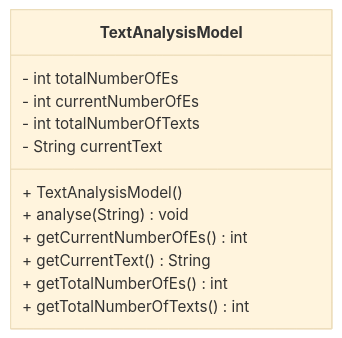
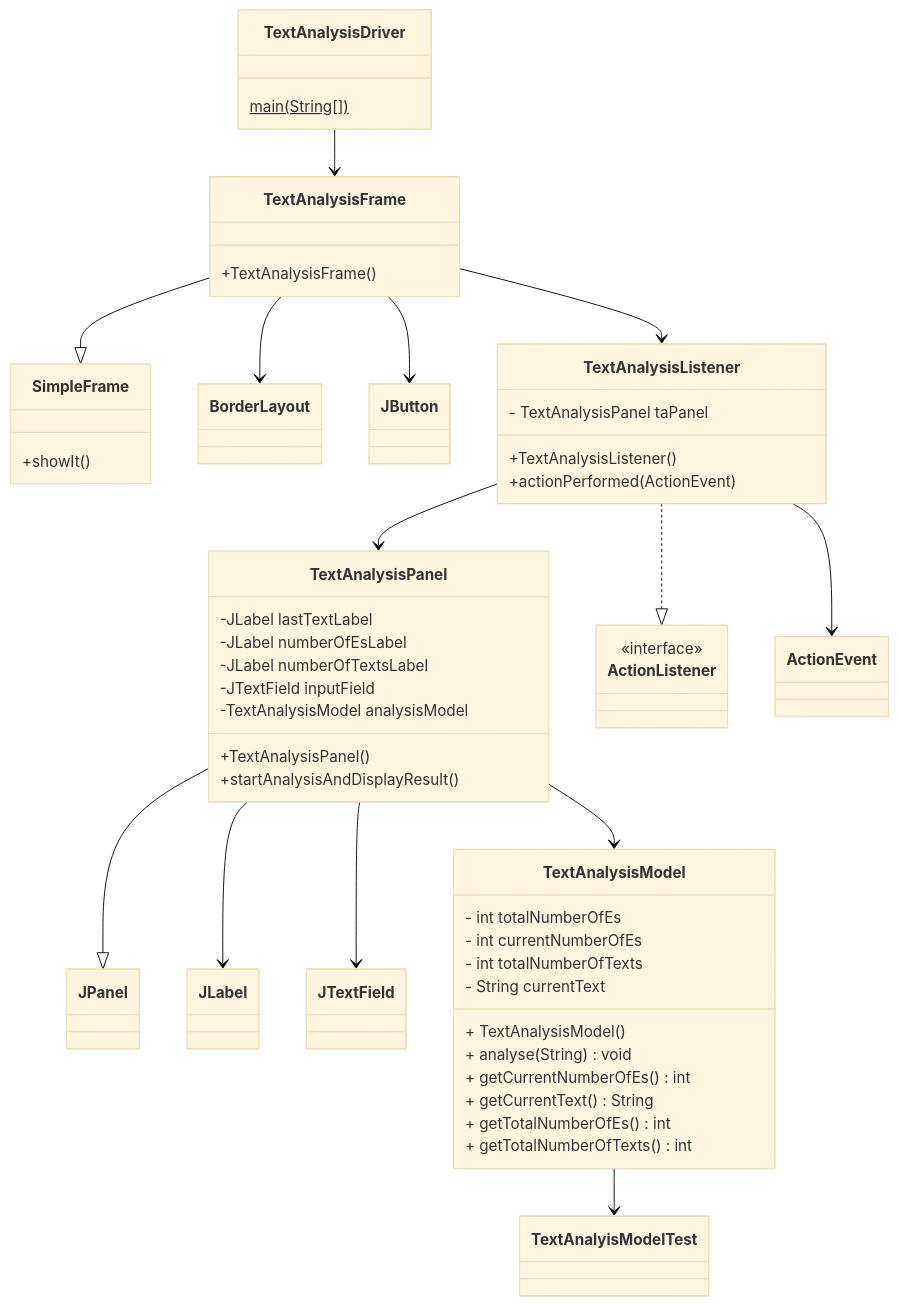
The diagram in src/FischerBook/SecondGUI4/textAnalysis.md (alexayca/java_practice), drawn with Mermaid (base theme) before and after one commit. The commit also changed other lines of this file and 2 other files, not shown here.

Commit message:
Diagram for textAnalysis

````diff
--- a/src/FischerBook/SecondGUI4/textAnalysis.md
+++ b/src/FischerBook/SecondGUI4/textAnalysis.md
@@ -12,16 +3,67 @@
 ```mermaid
 classDiagram
+
+TextAnalysisFrame --|> SimpleFrame
+TextAnalysisFrame --> BorderLayout
+TextAnalysisFrame --> JButton
+TextAnalysisFrame -->TextAnalysisListener
+
+TextAnalysisPanel --|> JPanel
+TextAnalysisPanel --> JLabel
+TextAnalysisPanel --> JTextField
+TextAnalysisPanel --> TextAnalysisModel
+
+TextAnalysisListener ..|> ActionListener
+TextAnalysisListener --> TextAnalysisPanel
+TextAnalysisListener --> ActionEvent
+
+TextAnalysisDriver --> TextAnalysisFrame
+TextAnalysisModel --> TextAnalyisModelTest
+
+
+class SimpleFrame{
+    +showIt()
+}
+
+class ActionListener
+<<interface>> ActionListener
+
+class TextAnalysisDriver{
+    main(String[] )$
+}
+
+class TextAnalysisFrame{
+    +TextAnalysisFrame()
+}
+
+class TextAnalysisListener{
+    - TextAnalysisPanel taPanel
+    +TextAnalysisListener()
+    +actionPerformed(ActionEvent)
+}
 
 class TextAnalysisModel
 TextAnalysisModel : - int totalNumberOfEs
 TextAnalysisModel : - int currentNumberOfEs
 TextAnalysisModel : - int totalNumberOfTexts
 TextAnalysisModel : - String currentText
 TextAnalysisModel : + TextAnalysisModel()
 TextAnalysisModel : + analyse(String) void
 TextAnalysisModel : + getCurrentNumberOfEs() int
 TextAnalysisModel : + getCurrentText() String
 TextAnalysisModel : + getTotalNumberOfEs() int
 TextAnalysisModel : + getTotalNumberOfTexts() int
 
+class TextAnalyisModelTest
+
+class TextAnalysisPanel{
+     -JLabel lastTextLabel
+     -JLabel numberOfEsLabel
+     -JLabel numberOfTextsLabel
+     -JTextField inputField
+     -TextAnalysisModel analysisModel
+     +TextAnalysisPanel()
+     +startAnalysisAndDisplayResult()
+}
+
 ```
````
